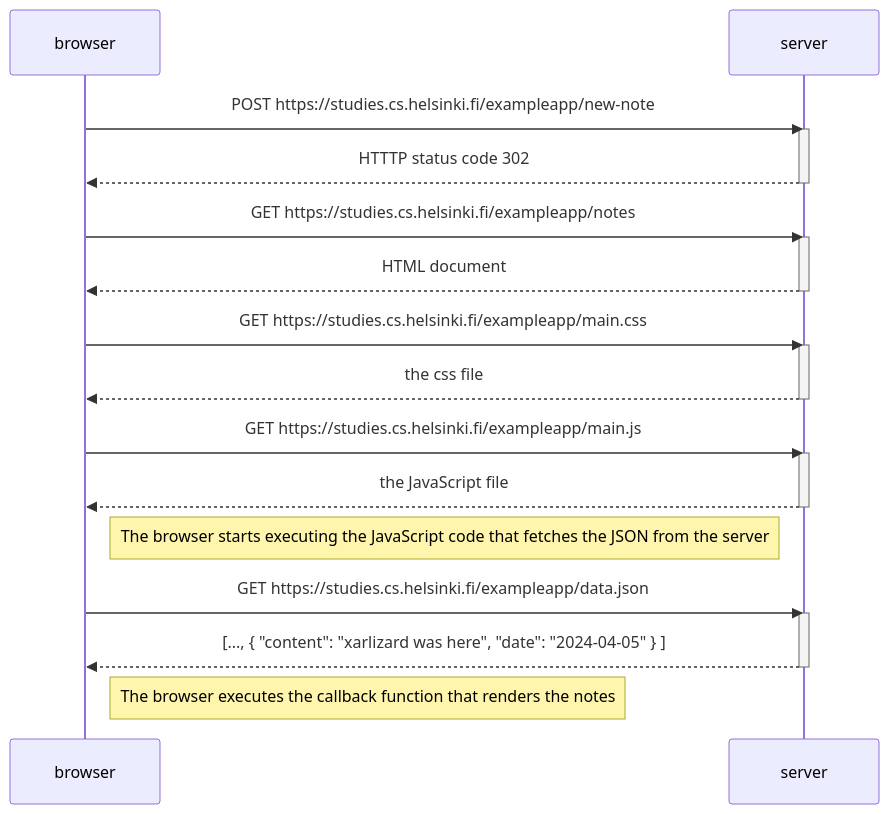
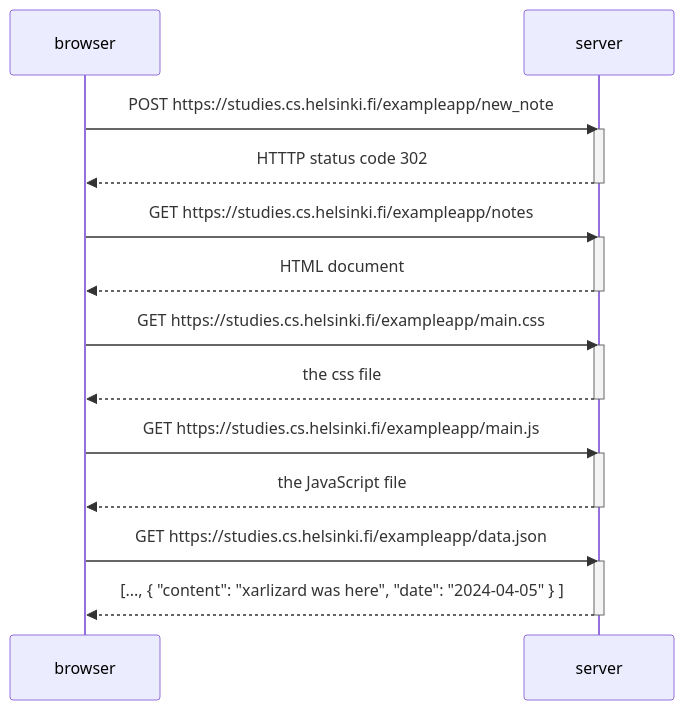
The diagram in FullStackOpen/Part-00/exercise 0.4.mmd (Xarlizard/UniversityOfHelsinki-ComputerScience), drawn with Mermaid before and after one commit. The commit also changed 1 other file, not shown here.

```diff
--- a/FullStackOpen/Part-00/exercise 0.4.mmd
+++ b/FullStackOpen/Part-00/exercise 0.4.mmd
@@ -1,32 +1,28 @@
 sequenceDiagram
     participant browser
     participant server
 
-    browser->>server: POST https://studies.cs.helsinki.fi/exampleapp/new-note
+    browser->>server: POST https://studies.cs.helsinki.fi/exampleapp/new_note
     activate server
     server-->>browser: HTTTP status code 302
     deactivate server
 
     browser->>server: GET https://studies.cs.helsinki.fi/exampleapp/notes
     activate server
     server-->>browser: HTML document
     deactivate server
 
     browser->>server: GET https://studies.cs.helsinki.fi/exampleapp/main.css
     activate server
     server-->>browser: the css file
     deactivate server
 
     browser->>server: GET https://studies.cs.helsinki.fi/exampleapp/main.js
     activate server
     server-->>browser: the JavaScript file
     deactivate server
 
-    Note right of browser: The browser starts executing the JavaScript code that fetches the JSON from the server
-
     browser->>server: GET https://studies.cs.helsinki.fi/exampleapp/data.json
     activate server
     server-->>browser: [..., { "content": "xarlizard was here", "date": "2024-04-05" } ]
     deactivate server
-
-    Note right of browser: The browser executes the callback function that renders the notes
```
